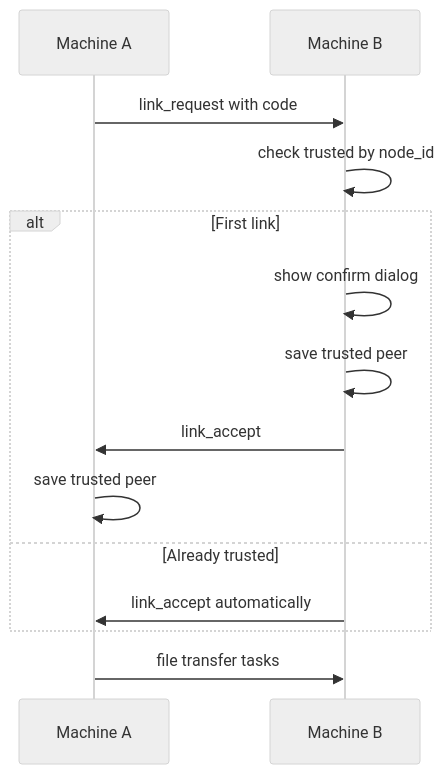
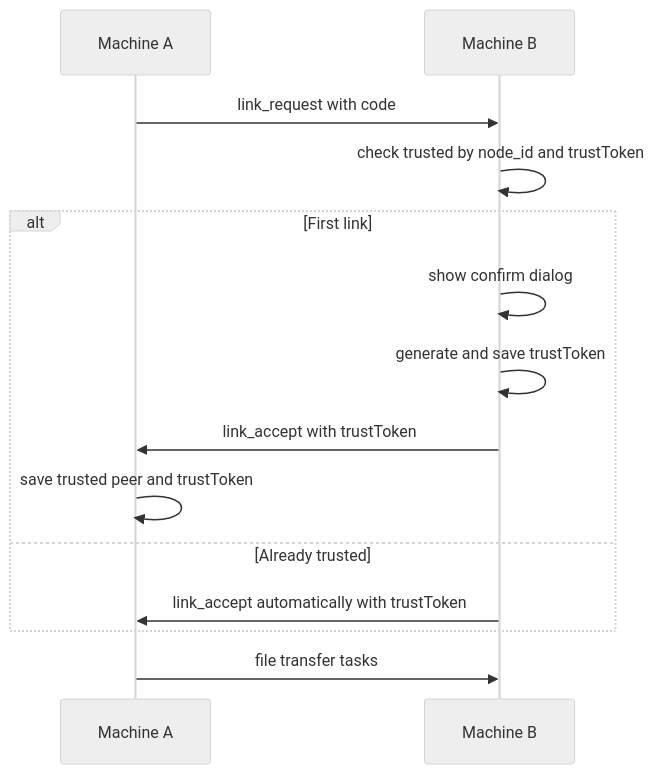
One commit to dengzhongyuan365-dev/filetransfer changed the fifth of 25 diagrams in docs/design-architecture.zh_CN.md. Above: the diagram before and after it, drawn with Mermaid (neutral theme). The commit also changed other lines of this file and 6 other files, not shown here.

Commit message:
feat: require trust token for reconnect

````diff
--- a/docs/design-architecture.zh_CN.md
+++ b/docs/design-architecture.zh_CN.md
@@ -248,16 +249,16 @@
 ```mermaid
 sequenceDiagram
     participant A as Machine A
     participant B as Machine B
     A->>B: link_request with code
-    B->>B: check trusted by node_id
+    B->>B: check trusted by node_id and trustToken
     alt First link
         B->>B: show confirm dialog
-        B->>B: save trusted peer
-        B->>A: link_accept
-        A->>A: save trusted peer
+        B->>B: generate and save trustToken
+        B->>A: link_accept with trustToken
+        A->>A: save trusted peer and trustToken
     else Already trusted
-        B->>A: link_accept automatically
+        B->>A: link_accept automatically with trustToken
     end
     A->>B: file transfer tasks
 ```
````
